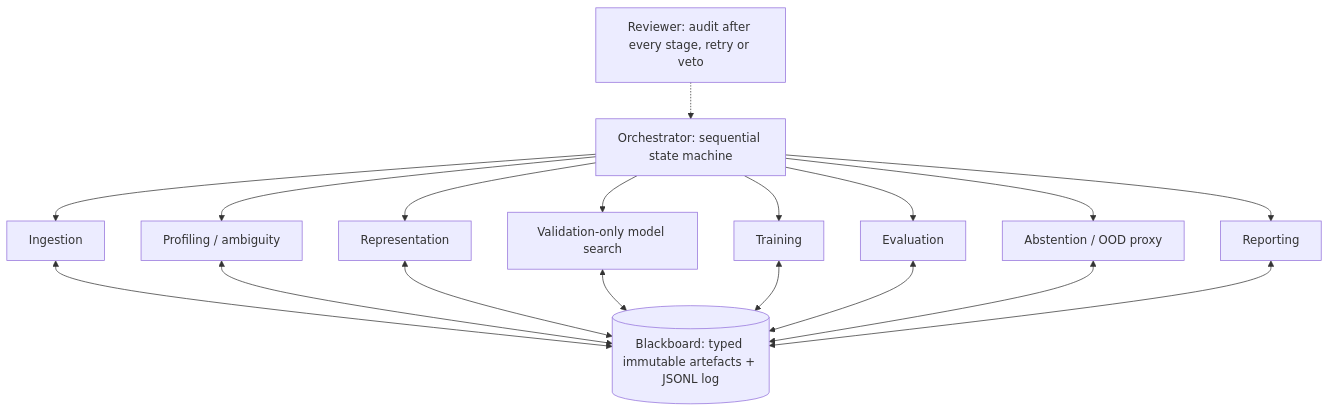
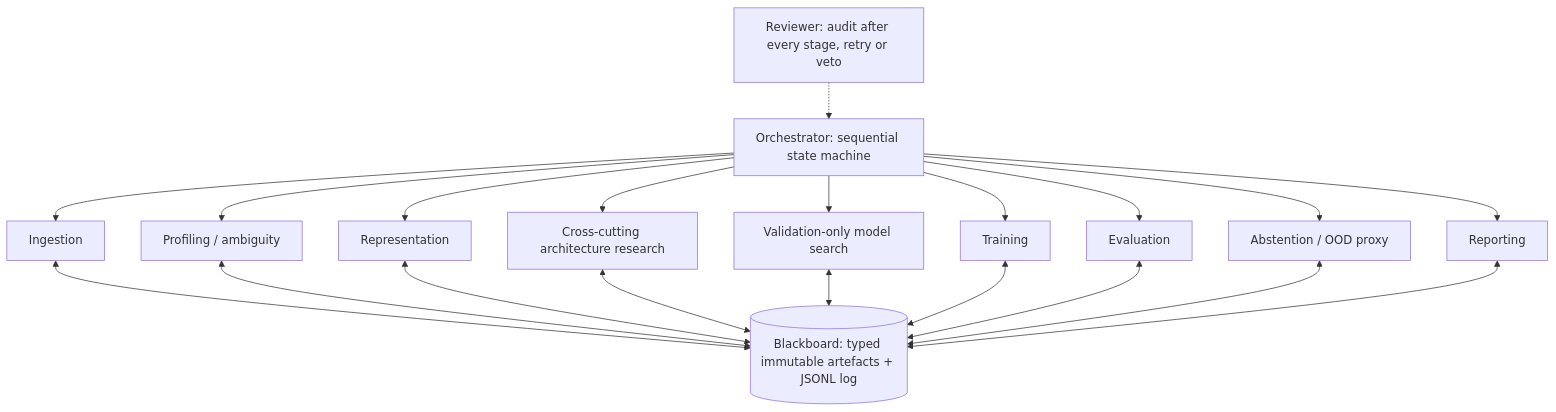
Before and after one commit to StefanoVerrilli/Agentic-MedMNIST: the diagram in v2/README.md, drawn with Mermaid. The commit also changed other lines of this file and 8 other files, not shown here.

First line of the commit message:
Add architecture research agent and support for new model families

````diff
--- a/v2/README.md
+++ b/v2/README.md
@@ -17,16 +17,17 @@
 ```mermaid
 flowchart TD
     O[Orchestrator: sequential state machine]
     O --> I[Ingestion]
     O --> P[Profiling / ambiguity]
     O --> R[Representation]
+    O --> X[Cross-cutting architecture research]
     O --> E[Validation-only model search]
     O --> T[Training]
     O --> V[Evaluation]
     O --> A[Abstention / OOD proxy]
     O --> Q[Reporting]
     B[(Blackboard: typed immutable artefacts + JSONL log)]
     W[Reviewer: audit after every stage, retry or veto]
-    I & P & R & E & T & V & A & Q <--> B
+    I & P & R & X & E & T & V & A & Q <--> B
     W -.-> O
 ```
````
